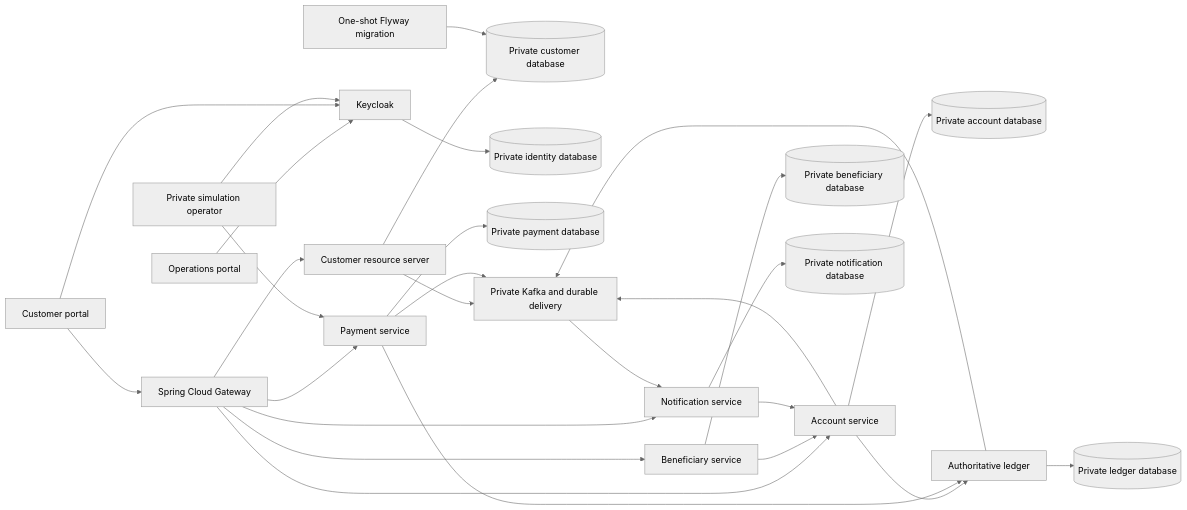
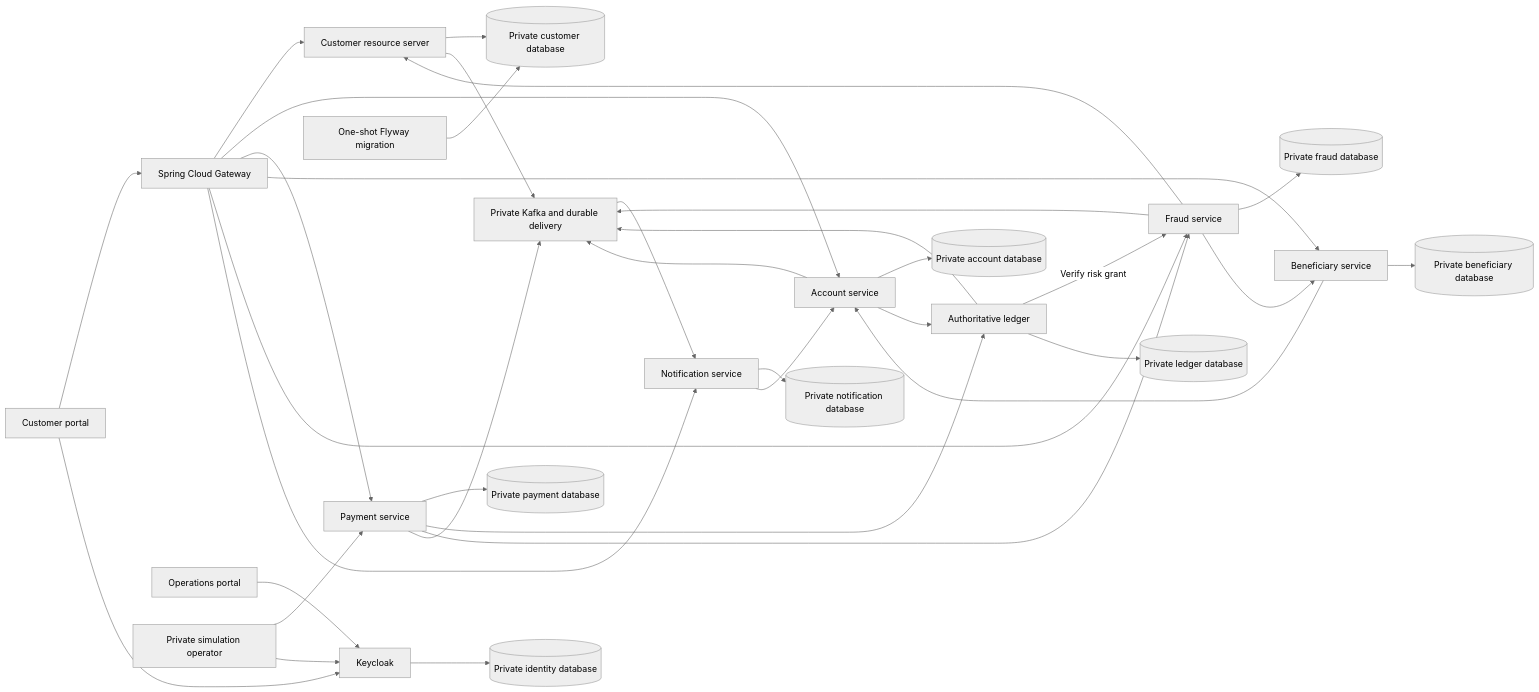
One commit to ABDOUUisHERE/FinCore-Bank changed the diagram in README.md. Above: the diagram before and after it, drawn with Mermaid (neutral theme). The commit also changed other lines of this file and 6 other files, not shown here.

````diff
--- a/README.md
+++ b/README.md
@@ -32,30 +32,37 @@
 ```mermaid
 flowchart LR
   Customer[Customer portal] --> Gateway[Spring Cloud Gateway]
   Admin[Operations portal] --> Keycloak
   Customer --> Keycloak
   Gateway --> Service[Customer resource server]
   Service --> CDB[(Private customer database)]
   Keycloak --> KDB[(Private identity database)]
   Migration[One-shot Flyway migration] --> CDB
   Gateway --> Account[Account service]
   Gateway --> Payment[Payment service]
   Gateway --> Beneficiary[Beneficiary service]
   Beneficiary --> BDB[(Private beneficiary database)]
   Beneficiary --> Account
   Account --> ADB[(Private account database)]
   Payment --> PDB[(Private payment database)]
   Account --> Ledger[Authoritative ledger]
   Payment --> Ledger
+  Payment --> Fraud[Fraud service]
+  Ledger -->|Verify risk grant| Fraud
+  Gateway --> Fraud
+  Fraud --> FDB[(Private fraud database)]
+  Fraud --> Service
+  Fraud --> Beneficiary
   Ledger --> LDB[(Private ledger database)]
   Gateway --> Notification[Notification service]
   Notification --> NDB[(Private notification database)]
   Service --> Kafka[Private Kafka and durable delivery]
   Account --> Kafka
   Payment --> Kafka
   Ledger --> Kafka
+  Fraud --> Kafka
   Kafka --> Notification
   Notification --> Account
   Operator[Private simulation operator] --> Payment
   Operator --> Keycloak
 ```
````
